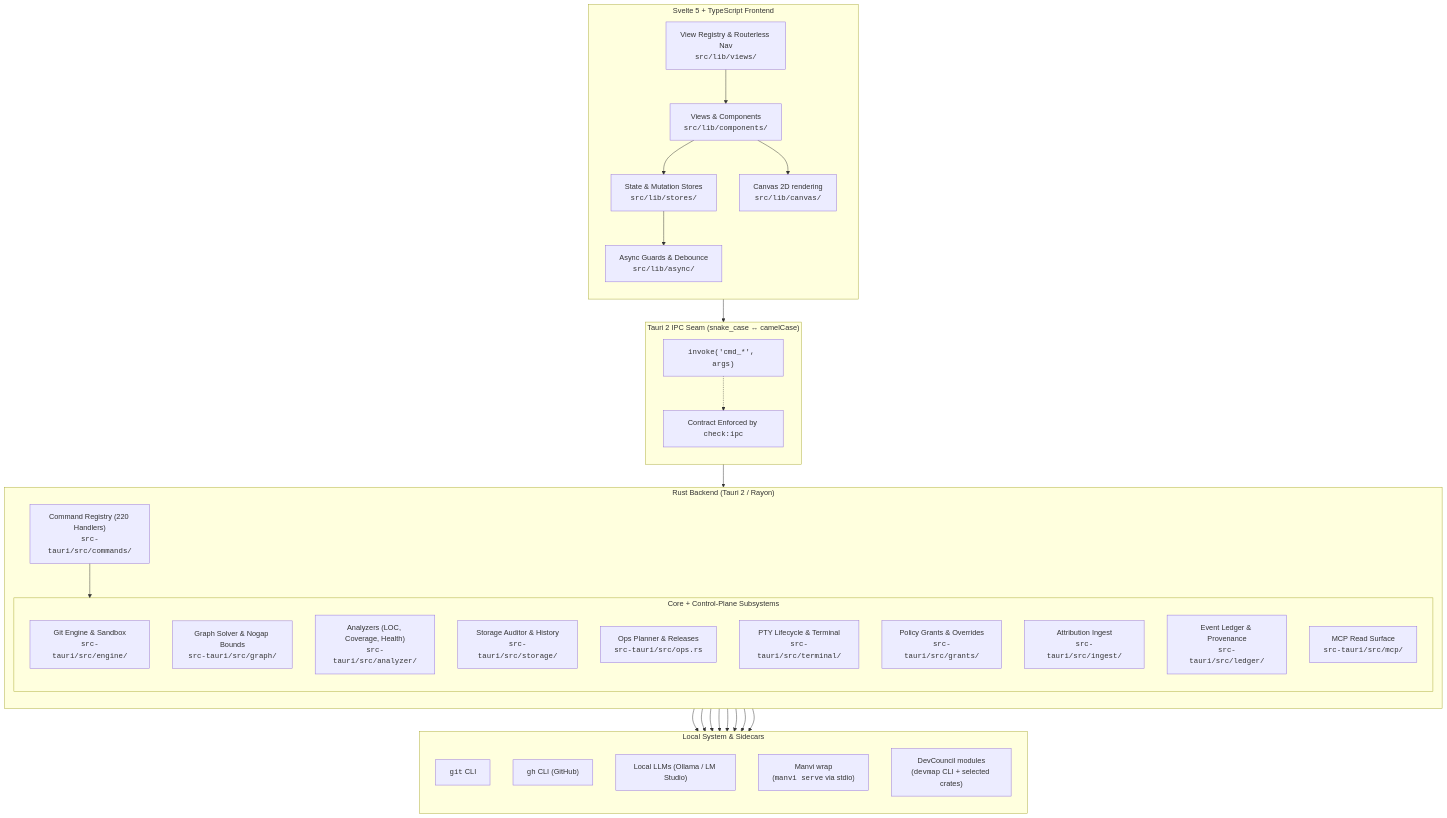
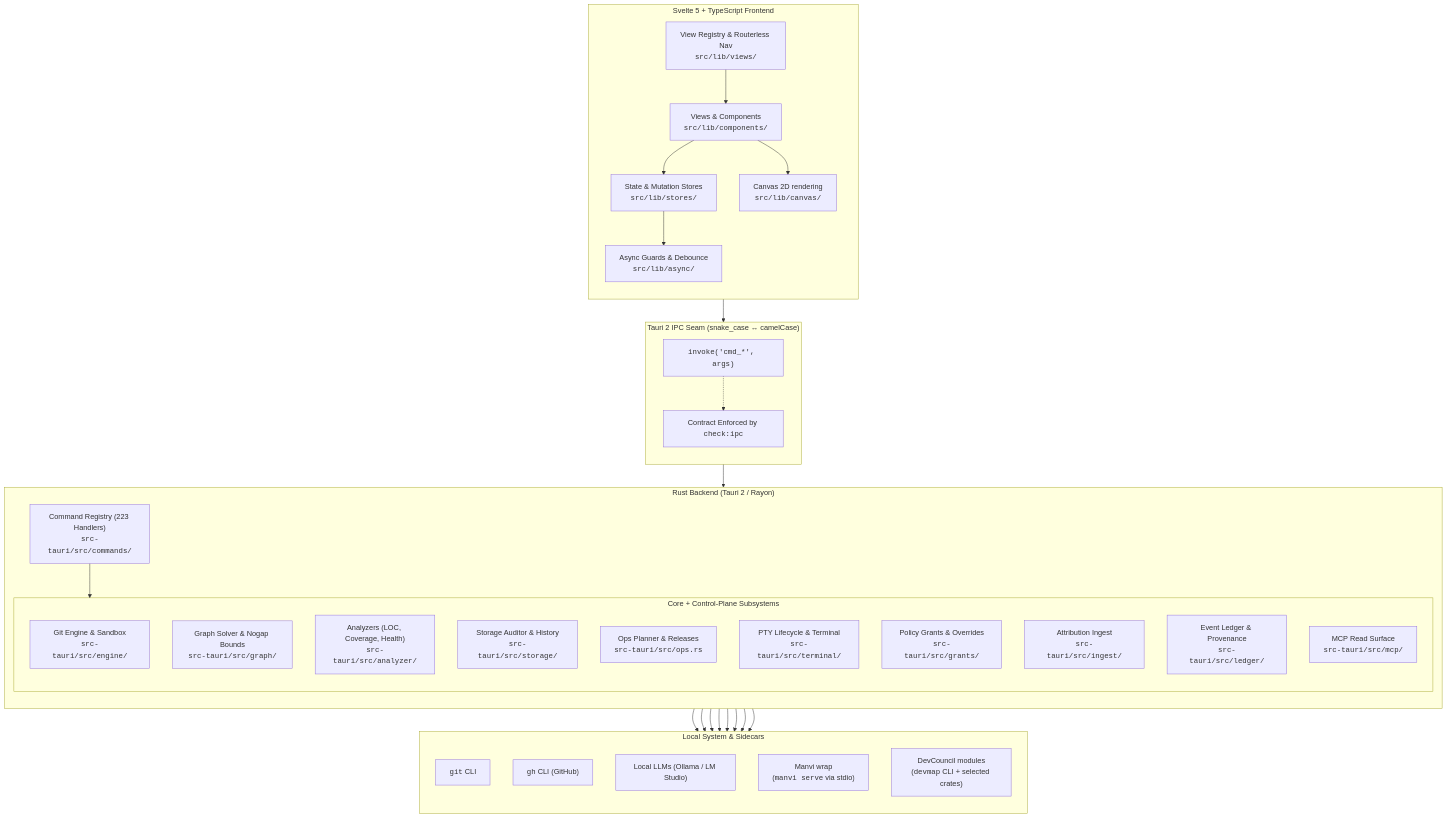
Before and after one commit to bharathvbcr/GitPulse: the first of 4 diagrams in docs/ARCHITECTURE.md, drawn with Mermaid. The commit also changed other lines of this file and 23 other files, not shown here.

````diff
--- a/docs/ARCHITECTURE.md
+++ b/docs/ARCHITECTURE.md
@@ -15,63 +15,63 @@
 ```mermaid
 flowchart TB
     subgraph Frontend["Svelte 5 + TypeScript Frontend"]
         direction TB
         UI["Views & Components<br/><code>src/lib/components/</code>"]
         Stores["State & Mutation Stores<br/><code>src/lib/stores/</code>"]
         Registry["View Registry & Routerless Nav<br/><code>src/lib/views/</code>"]
         Canvas["Canvas 2D rendering<br/><code>src/lib/canvas/</code>"]
         Async["Async Guards & Debounce<br/><code>src/lib/async/</code>"]
         
         UI --> Stores
         UI --> Canvas
         Stores --> Async
         Registry --> UI
     end
 
     subgraph IPC["Tauri 2 IPC Seam (snake_case ↔ camelCase)"]
         direction TB
         Invoke["<code>invoke('cmd_*', args)</code>"]
         ContractCheck["Contract Enforced by <code>check:ipc</code>"]
         Invoke -.-> ContractCheck
     end
 
     subgraph Backend["Rust Backend (Tauri 2 / Rayon)"]
         direction TB
-        CmdRegistry["Command Registry (220 Handlers)<br/><code>src-tauri/src/commands/</code>"]
+        CmdRegistry["Command Registry (223 Handlers)<br/><code>src-tauri/src/commands/</code>"]
         
         subgraph Subsystems["Core + Control-Plane Subsystems"]
             GitEngine["Git Engine & Sandbox<br/><code>src-tauri/src/engine/</code>"]
             GraphSolver["Graph Solver & Nogap Bounds<br/><code>src-tauri/src/graph/</code>"]
             Analyzers["Analyzers (LOC, Coverage, Health)<br/><code>src-tauri/src/analyzer/</code>"]
             StorageAuditor["Storage Auditor & History<br/><code>src-tauri/src/storage/</code>"]
             OpsPlanner["Ops Planner & Releases<br/><code>src-tauri/src/ops.rs</code>"]
             PtyTerminal["PTY Lifecycle & Terminal<br/><code>src-tauri/src/terminal/</code>"]
             Grants["Policy Grants & Overrides<br/><code>src-tauri/src/grants/</code>"]
             Ingest["Attribution Ingest<br/><code>src-tauri/src/ingest/</code>"]
             Ledger["Event Ledger & Provenance<br/><code>src-tauri/src/ledger/</code>"]
             MCP["MCP Read Surface<br/><code>src-tauri/src/mcp/</code>"]
         end
         
         CmdRegistry --> Subsystems
     end
 
     subgraph External["Local System & Sidecars"]
         direction TB
         LocalGit["<code>git</code> CLI"]
         LocalGh["<code>gh</code> CLI (GitHub)"]
         LocalLLM["Local LLMs (Ollama / LM Studio)"]
         ManviSidecar["Manvi wrap<br/>(<code>manvi serve</code> via stdio)"]
         DevCouncilMods["DevCouncil modules<br/>(<code>devmap</code> CLI + selected crates)"]
     end
 
     Async --> Invoke
     Invoke --> CmdRegistry
     GitEngine --> LocalGit
     Analyzers --> LocalGit
     Analyzers --> LocalGh
     Analyzers --> LocalLLM
     OpsPlanner --> LocalGh
     OpsPlanner --> ManviSidecar
     Subsystems --> ManviSidecar
     Subsystems --> DevCouncilMods
 ```
````
